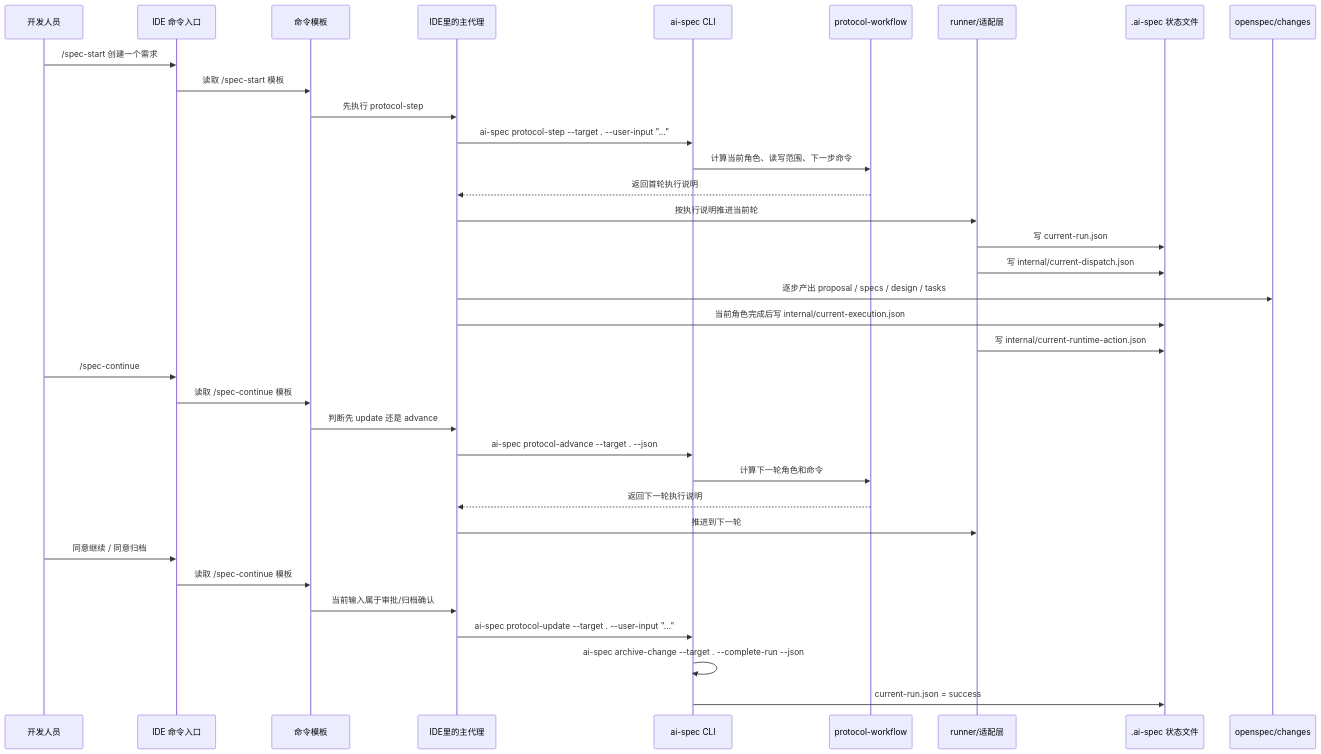
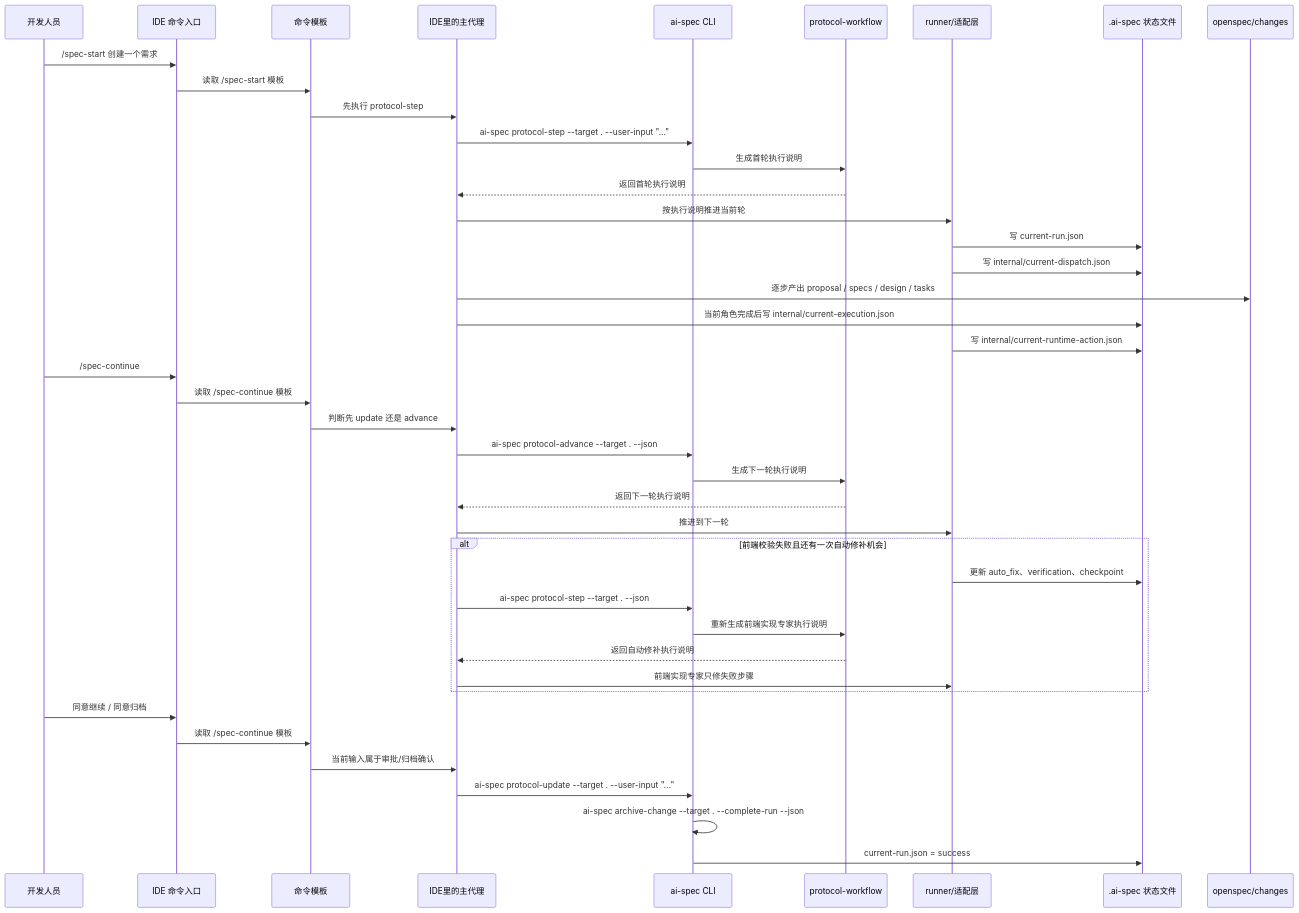
Before and after one commit to Colouful/br-ai-spec: the third of 4 diagrams in docs/paser_three/开发人员规范化开发实践-流程图版.md, drawn with Mermaid. The commit also changed other lines of this file and 16 other files, not shown here.

````diff
--- a/docs/paser_three/开发人员规范化开发实践-流程图版.md
+++ b/docs/paser_three/开发人员规范化开发实践-流程图版.md
@@ -135,40 +163,48 @@
 ```mermaid
 sequenceDiagram
     participant Dev as 开发人员
     participant IDE as IDE 命令入口
     participant Cmd as 命令模板
     participant Agent as IDE里的主代理
     participant CLI as ai-spec CLI
     participant Flow as protocol-workflow
     participant Runner as runner/适配层
     participant State as .ai-spec 状态文件
     participant Change as openspec/changes
 
     Dev->>IDE: /spec-start 创建一个需求
     IDE->>Cmd: 读取 /spec-start 模板
     Cmd->>Agent: 先执行 protocol-step
     Agent->>CLI: ai-spec protocol-step --target . --user-input "..."
-    CLI->>Flow: 计算当前角色、读写范围、下一步命令
+    CLI->>Flow: 生成首轮执行说明
     Flow-->>Agent: 返回首轮执行说明
     Agent->>Runner: 按执行说明推进当前轮
     Runner->>State: 写 current-run.json
     Runner->>State: 写 internal/current-dispatch.json
     Agent->>Change: 逐步产出 proposal / specs / design / tasks
     Agent->>State: 当前角色完成后写 internal/current-execution.json
     Runner->>State: 写 internal/current-runtime-action.json
 
     Dev->>IDE: /spec-continue
     IDE->>Cmd: 读取 /spec-continue 模板
     Cmd->>Agent: 判断先 update 还是 advance
     Agent->>CLI: ai-spec protocol-advance --target . --json
-    CLI->>Flow: 计算下一轮角色和命令
+    CLI->>Flow: 生成下一轮执行说明
     Flow-->>Agent: 返回下一轮执行说明
     Agent->>Runner: 推进到下一轮
+
+    alt 前端校验失败且还有一次自动修补机会
+        Runner->>State: 更新 auto_fix、verification、checkpoint
+        Agent->>CLI: ai-spec protocol-step --target . --json
+        CLI->>Flow: 重新生成前端实现专家执行说明
+        Flow-->>Agent: 返回自动修补执行说明
+        Agent->>Runner: 前端实现专家只修失败步骤
+    end
 
     Dev->>IDE: 同意继续 / 同意归档
     IDE->>Cmd: 读取 /spec-continue 模板
     Cmd->>Agent: 当前输入属于审批/归档确认
     Agent->>CLI: ai-spec protocol-update --target . --user-input "..."
     CLI->>CLI: ai-spec archive-change --target . --complete-run --json
     CLI->>State: current-run.json = success
 ```
````
